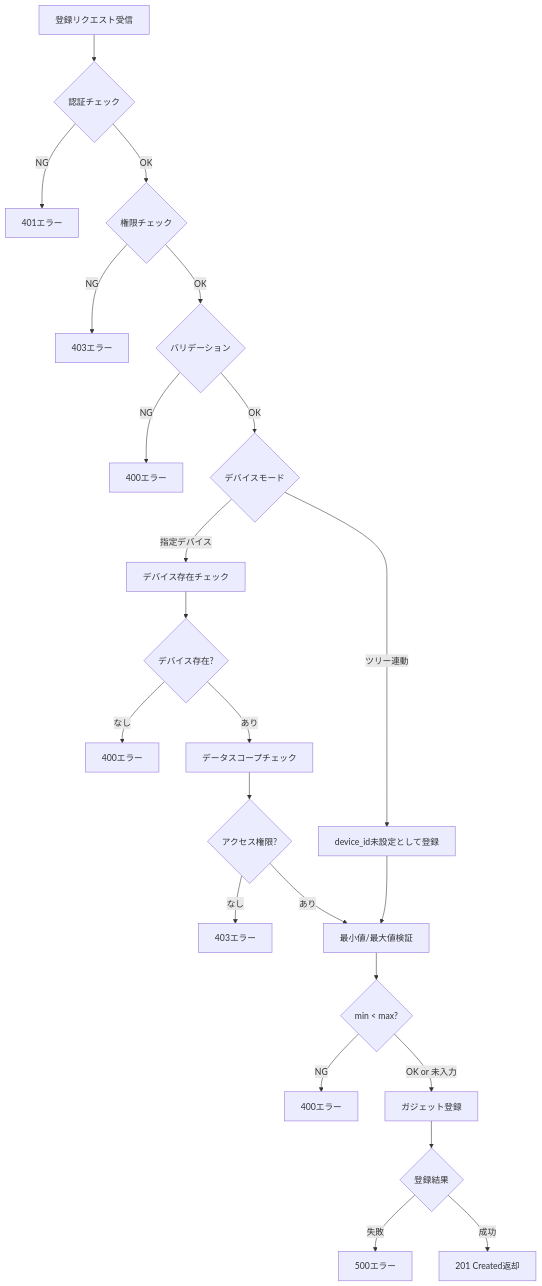
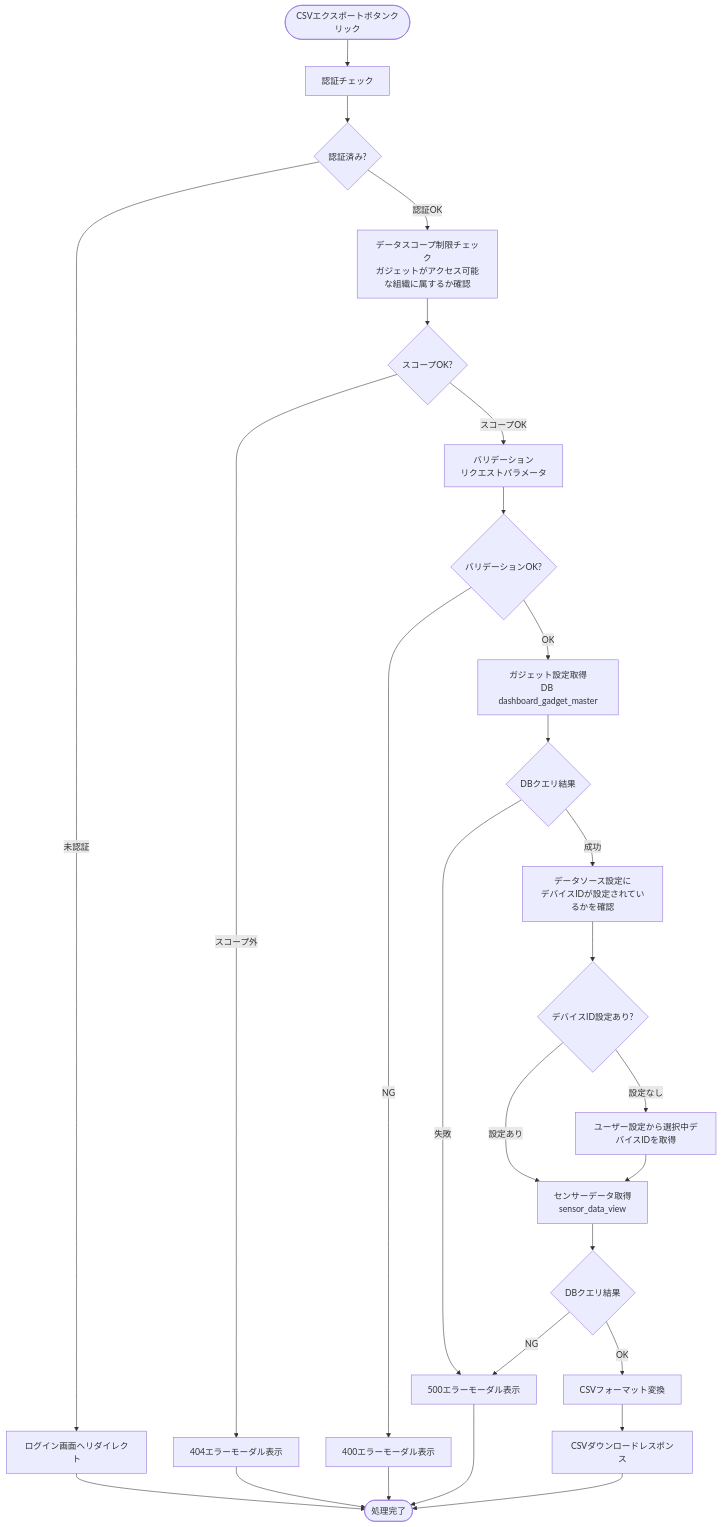
Before and after one commit to NSW-SVCP-AIWG002/Databricks-IoT: the fourth of 4 diagrams in docs/03-features/flask-app/customer-dashboard/timeline/workflow-specification.md, drawn with Mermaid. The commit also changed other lines of this file and 2 other files, not shown here.

````diff
--- a/docs/03-features/flask-app/customer-dashboard/timeline/workflow-specification.md
+++ b/docs/03-features/flask-app/customer-dashboard/timeline/workflow-specification.md
@@ -561,25 +945,37 @@
 ```mermaid
 flowchart TD
-    A[登録リクエスト受信] --> B{認証チェック}
-    B -->|NG| C[401エラー]
-    B -->|OK| D{権限チェック}
-    D -->|NG| E[403エラー]
-    D -->|OK| F{バリデーション}
-    F -->|NG| G[400エラー]
-    F -->|OK| H{デバイスモード}
-    H -->|指定デバイス| I[デバイス存在チェック]
-    H -->|ツリー連動| J[device_id未設定として登録]
-    I --> K{デバイス存在?}
-    K -->|なし| L[400エラー]
-    K -->|あり| M[データスコープチェック]
-    M --> N{アクセス権限?}
-    N -->|なし| O[403エラー]
-    N -->|あり| P[最小値/最大値検証]
-    J --> P
-    P --> Q{min < max?}
-    Q -->|NG| R[400エラー]
-    Q -->|OK or 未入力| S[ガジェット登録]
-    S --> T{登録結果}
-    T -->|失敗| U[500エラー]
-    T -->|成功| V[201 Created返却]
+    Start([CSVエクスポートボタンクリック]) --> Auth[認証チェック]
+    Auth --> CheckAuth{認証済み?}
+    CheckAuth -->|未認証| LoginRedirect[ログイン画面へリダイレクト]
+    CheckAuth -->|認証OK| Scope[データスコープ制限チェック<br>ガジェットがアクセス可能な組織に属するか確認]
+
+    Scope --> CheckScope{スコープOK?}
+    CheckScope -->|スコープ外| Error404[404エラーモーダル表示]
+    CheckScope -->|スコープOK| Validate[バリデーション<br>リクエストパラメータ]
+
+    Validate --> CheckValidate{バリデーションOK?}
+    CheckValidate -->|NG| Error400[400エラーモーダル表示]
+    CheckValidate -->|OK| GetConfig[ガジェット設定取得<br>DB dashboard_gadget_master]
+
+    GetConfig --> CheckGetConfig{DBクエリ結果}
+    CheckGetConfig -->|失敗| Error500[500エラーモーダル表示]
+    CheckGetConfig -->|成功| CheckDeviceId[データソース設定に<br>デバイスIDが設定されているかを確認]
+
+    CheckDeviceId --> ExistDeviceId{デバイスID設定あり?}
+    ExistDeviceId -->|設定なし| GetUserSetting[ユーザー設定から選択中デバイスIDを取得]
+    ExistDeviceId -->|設定あり| QuerySilver[センサーデータ取得<br>sensor_data_view]
+
+    GetUserSetting --> QuerySilver
+
+    QuerySilver --> CheckQuerySilver{DBクエリ結果}
+    CheckQuerySilver -->|NG| Error500
+    CheckQuerySilver -->|OK| FormatCSV[CSVフォーマット変換]
+
+    FormatCSV --> Response[CSVダウンロードレスポンス]
+
+    LoginRedirect --> End([処理完了])
+    Error404 --> End
+    Error400 --> End
+    Error500 --> End
+    Response --> End
 ```
````
